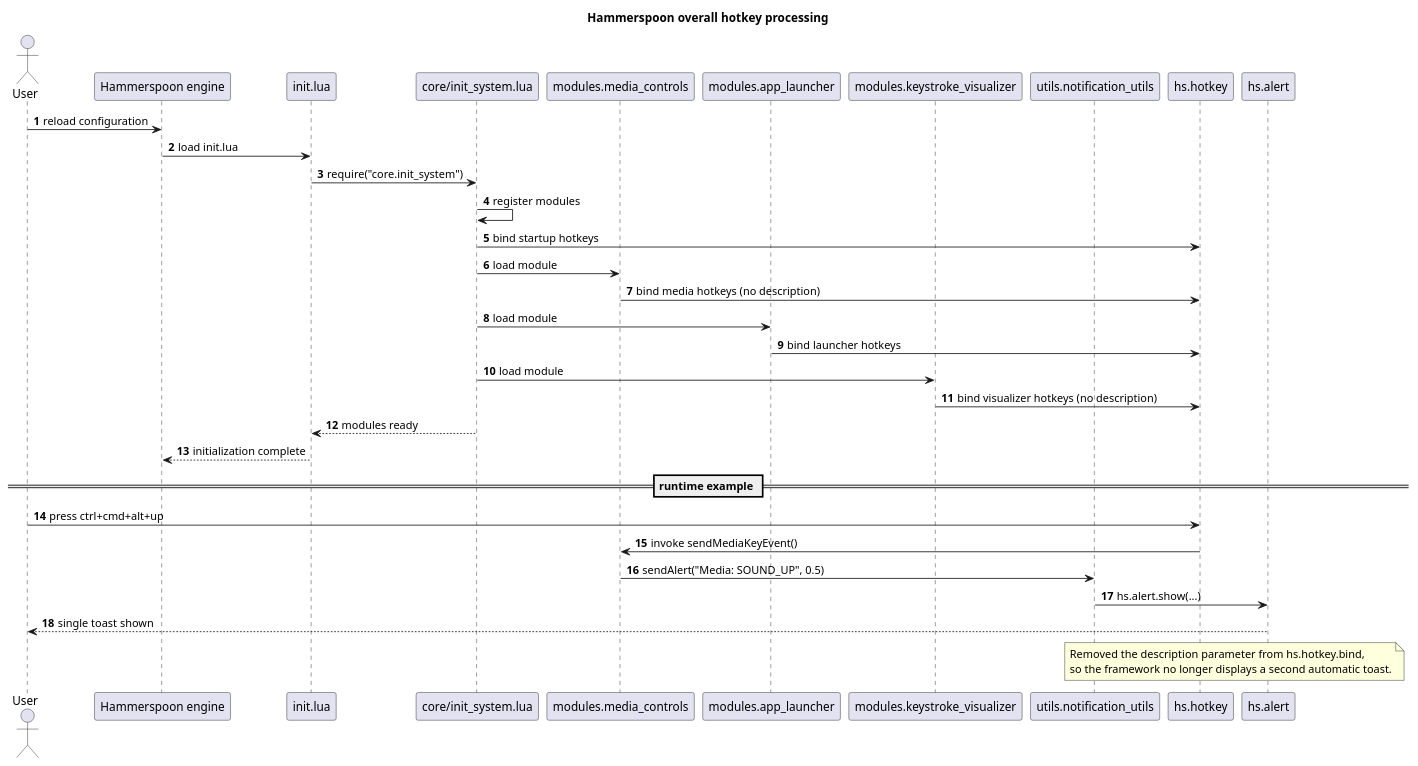
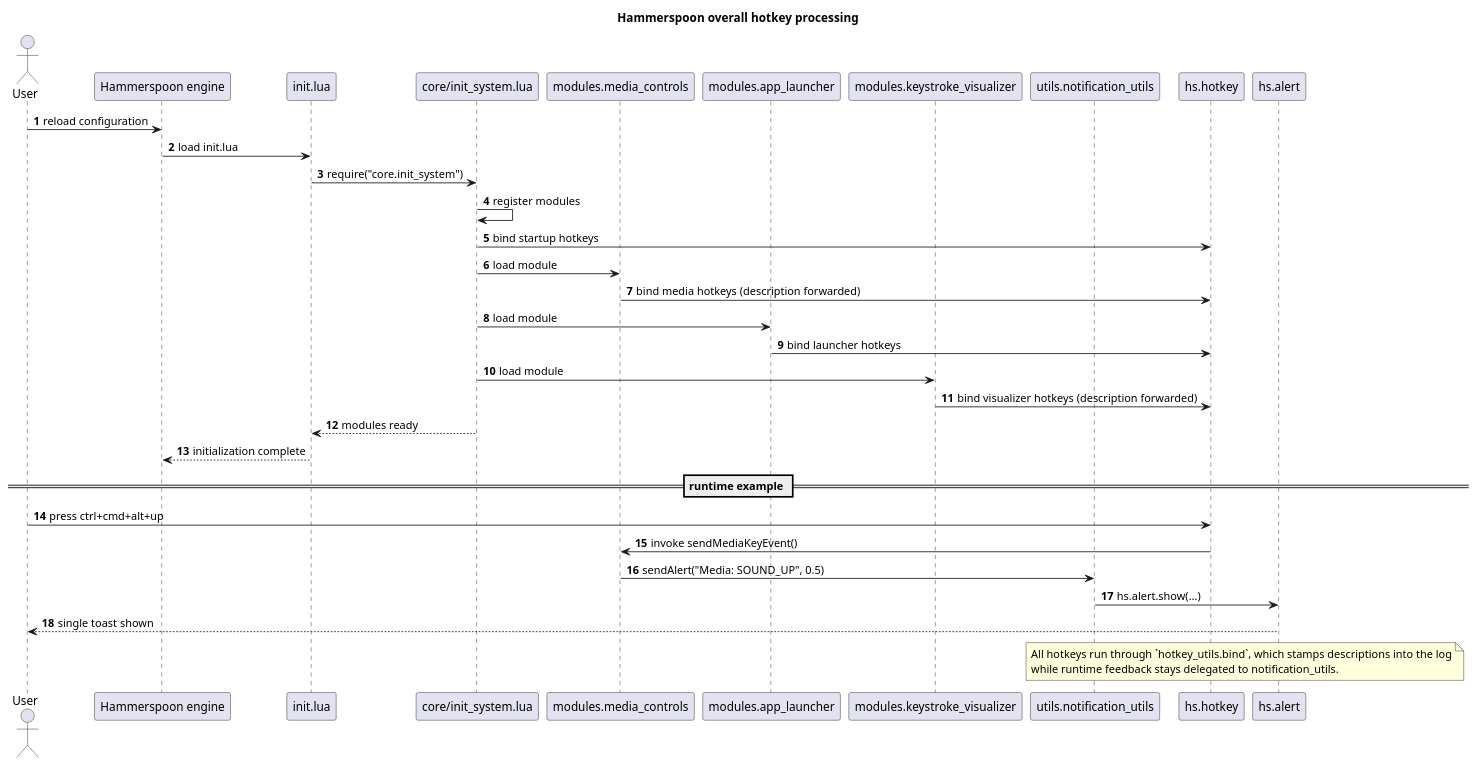
Before and after one commit to CsHeng/dot-hammerspoon: the diagram in docs/overall_sequence.puml, drawn with PlantUML. The commit also changed 20 other files, not shown here.

First line of the commit message:
Refactor hotkey integration across all modules and update documentation

```diff
--- a/docs/overall_sequence.puml
+++ b/docs/overall_sequence.puml
@@ -1,43 +1,43 @@
 @startuml HammerspoonOverallSequence
 title Hammerspoon overall hotkey processing
 
 actor User as user
 participant "Hammerspoon engine" as engine
 participant "init.lua" as init
 participant "core/init_system.lua" as initSystem
 participant "modules.media_controls" as media
 participant "modules.app_launcher" as launcher
 participant "modules.keystroke_visualizer" as keyviz
 participant "utils.notification_utils" as notification
 participant "hs.hotkey" as hotkey
 participant "hs.alert" as alert
 
 autonumber
 
 user -> engine: reload configuration
 engine -> init: load init.lua
 init -> initSystem: require("core.init_system")
 initSystem -> initSystem: register modules
 initSystem -> hotkey: bind startup hotkeys
 initSystem -> media: load module
-media -> hotkey: bind media hotkeys (no description)
+media -> hotkey: bind media hotkeys (description forwarded)
 initSystem -> launcher: load module
 launcher -> hotkey: bind launcher hotkeys
 initSystem -> keyviz: load module
-keyviz -> hotkey: bind visualizer hotkeys (no description)
+keyviz -> hotkey: bind visualizer hotkeys (description forwarded)
 initSystem --> init: modules ready
 init --> engine: initialization complete
 
 == runtime example ==
 user -> hotkey: press ctrl+cmd+alt+up
 hotkey -> media: invoke sendMediaKeyEvent()
 media -> notification: sendAlert("Media: SOUND_UP", 0.5)
 notification -> alert: hs.alert.show(...)
 alert --> user: single toast shown
 
 note over hotkey, alert
-Removed the description parameter from hs.hotkey.bind,
-so the framework no longer displays a second automatic toast.
+All hotkeys run through `hotkey_utils.bind`, which stamps descriptions into the log
+while runtime feedback stays delegated to notification_utils.
 end note
 
 @enduml
```
